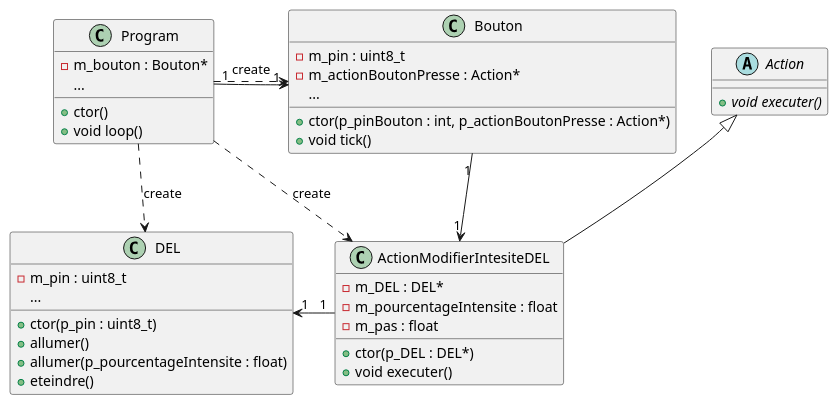
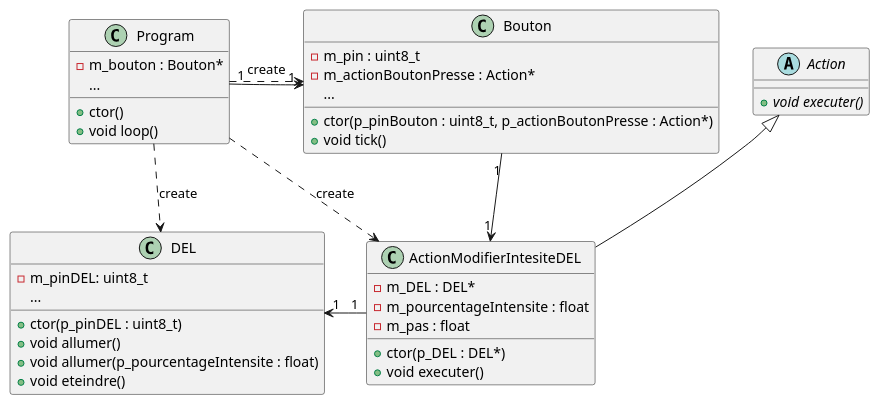
The diagram in Module06_ProgrammationEntreesNumeriques/wsd/diagramme_classes.wsd (PiFou86/420-W48-SF), drawn with PlantUML before and after one commit.

Commit message:
Correction diagramme

```diff
--- a/Module06_ProgrammationEntreesNumeriques/wsd/diagramme_classes.wsd
+++ b/Module06_ProgrammationEntreesNumeriques/wsd/diagramme_classes.wsd
@@ -1,49 +1,46 @@
 @startuml dc_Bouton
-skinparam maxMessageSize 50
-
 class Program {
     - m_bouton : Bouton*
     ...
     + ctor()
     + void loop()
 }
 
 class Bouton {
     - m_pin : uint8_t
     - m_actionBoutonPresse : Action*
     ...
-    + ctor(p_pinBouton : int, p_actionBoutonPresse : Action*)
+    + ctor(p_pinBouton : uint8_t, p_actionBoutonPresse : Action*)
     + void tick()
 }
 
 abstract class Action {
-    + void executer() {abstract}
+    + void {abstract} executer()
 }
 
 class ActionModifierIntesiteDEL {
     - m_DEL : DEL*
     - m_pourcentageIntensite : float
     - m_pas : float
     + ctor(p_DEL : DEL*)
     + void executer()
 }
 
-Action <|-- ActionModifierIntesiteDEL
-
 class DEL {
-    - m_pin : uint8_t
+    - m_pinDEL: uint8_t
     ...
-    + ctor(p_pin : uint8_t)
-    + allumer()
-    + allumer(p_pourcentageIntensite : float)
-    + eteindre()
+    + ctor(p_pinDEL : uint8_t)
+    + void allumer()
+    + void allumer(p_pourcentageIntensite : float)
+    + void eteindre()
 }
 
-DEL "1" <-right- "1" ActionModifierIntesiteDEL
-Bouton "1" <-left- "1" Program
-ActionModifierIntesiteDEL "1" <-left- "1" Bouton
 Program ..> DEL : create
-Program ..> Bouton : create
 Program ..> ActionModifierIntesiteDEL : create
+Program .> Bouton : create
+Program "1" -> "1" Bouton
+ActionModifierIntesiteDEL "1" -l> "1" DEL
+Bouton "1" --> "1" ActionModifierIntesiteDEL
+ActionModifierIntesiteDEL -u-|> Action
 
 @enduml
```
